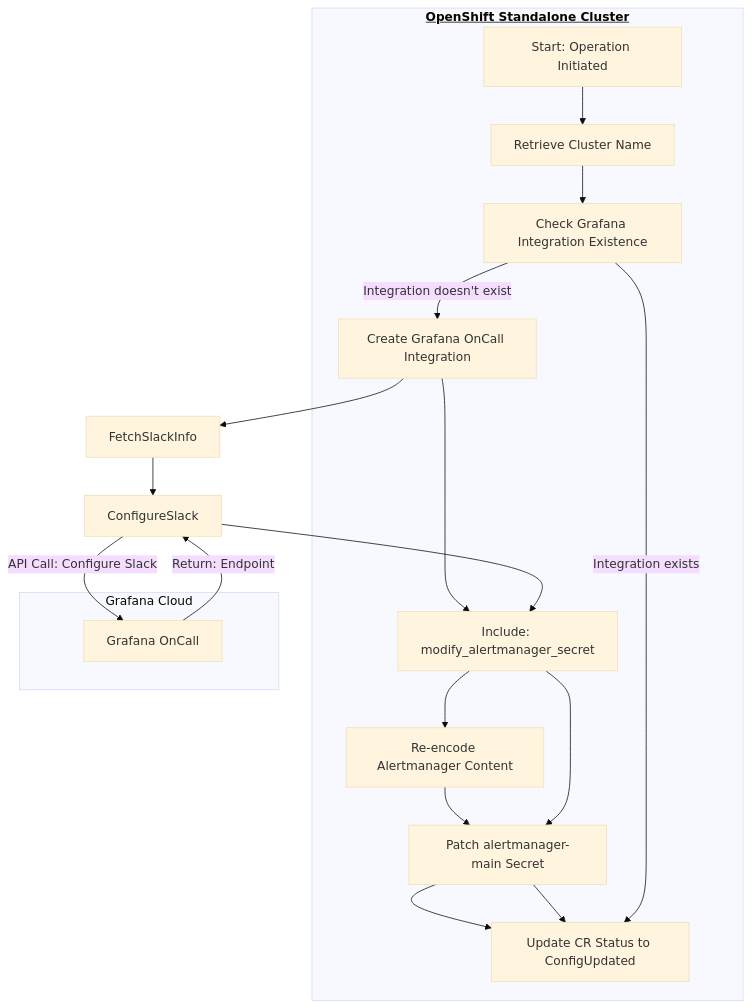
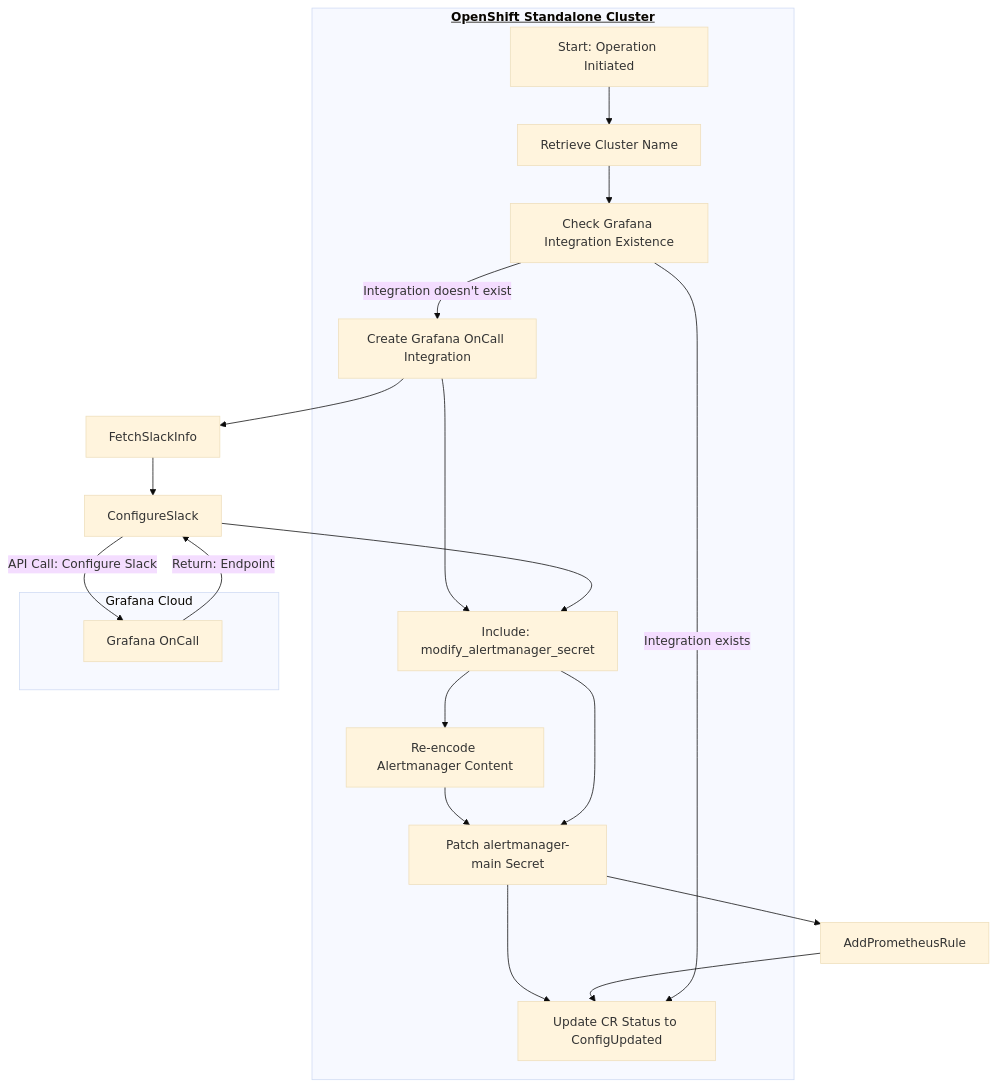
Before and after one commit to stakater/grafana-cloud-ansible-operator: the second of 2 diagrams in README.md, drawn with Mermaid (base theme). The commit also changed other lines of this file, not shown here.

````diff
--- a/README.md
+++ b/README.md
@@ -101,34 +101,35 @@
     ```mermaid
     graph TD
 
         subgraph "<u><b>OpenShift Standalone Cluster</b></u>"
             Init[Start: Operation Initiated]
             GetClusterName[Retrieve Cluster Name]
             CheckIntegration[Check Grafana Integration Existence]
             CreateIntegration[Create Grafana OnCall Integration]
             ModSecret[Include: modify_alertmanager_secret]
             Reencode[Re-encode Alertmanager Content]
             PatchSecret[Patch alertmanager-main Secret]
             UpdateCR[Update CR Status to ConfigUpdated]
             Init --> GetClusterName
             GetClusterName --> CheckIntegration
             CheckIntegration -- Integration doesn't exist --> CreateIntegration
             CreateIntegration --> ModSecret
             ModSecret --> Reencode
             Reencode --> PatchSecret
             PatchSecret --> UpdateCR
         end
 
         subgraph "Grafana Cloud"
             GO[Grafana OnCall]
         end
 
         CreateIntegration --> FetchSlackInfo
         FetchSlackInfo --> ConfigureSlack
         ConfigureSlack -->|API Call: Configure Slack| GO
         GO -->|Return: Endpoint| ConfigureSlack
         ConfigureSlack --> ModSecret
         ModSecret --> PatchSecret
-        PatchSecret --> UpdateCR
+        PatchSecret --> AddPrometheusRule
+        AddPrometheusRule --> UpdateCR
         CheckIntegration -- Integration exists --> UpdateCR
     ```
````
